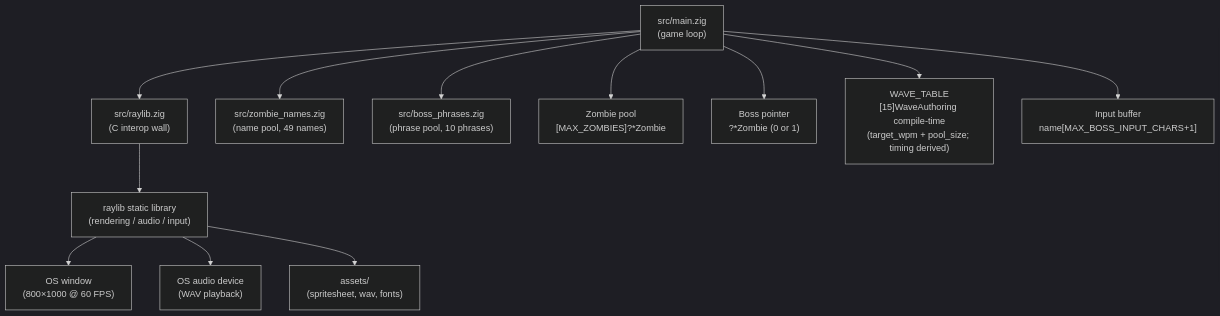
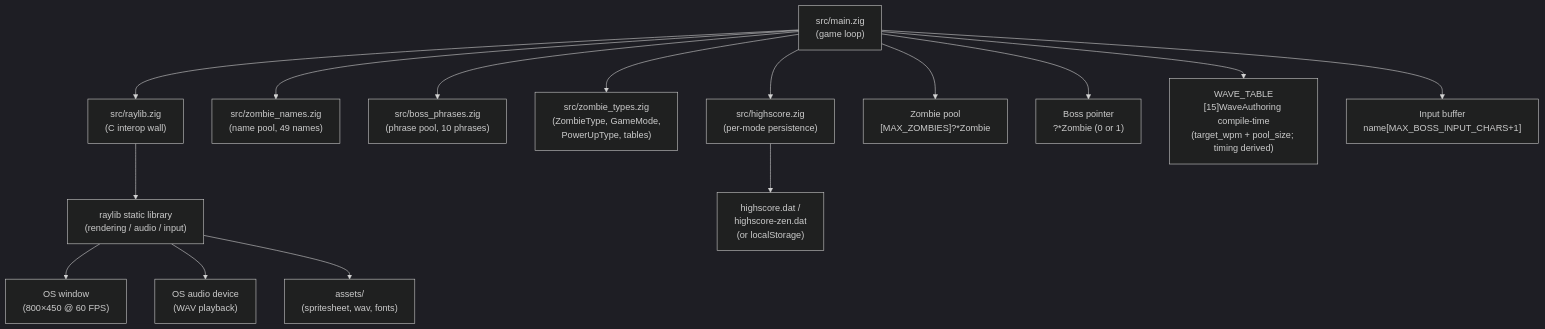
Before and after one commit to bfernandez31/death-note: the first of 2 diagrams in specs/specifications/overview.md, drawn with Mermaid (dark theme). The commit also changed other lines of this file and 2 other files, not shown here.

````diff
--- a/specs/specifications/overview.md
+++ b/specs/specifications/overview.md
@@ -47,27 +47,33 @@
 ```mermaid
 graph TB
     Main["src/main.zig\n(game loop)"]
     RaylibWrapper["src/raylib.zig\n(C interop wall)"]
     ZombieNames["src/zombie_names.zig\n(name pool, 49 names)"]
     BossPhrases["src/boss_phrases.zig\n(phrase pool, 10 phrases)"]
+    ZombieTypes["src/zombie_types.zig\n(ZombieType, GameMode,\nPowerUpType, tables)"]
+    Highscore["src/highscore.zig\n(per-mode persistence)"]
     RaylibLib["raylib static library\n(rendering / audio / input)"]
     ZombiePool["Zombie pool\n[MAX_ZOMBIES]?*Zombie"]
     BossPtr["Boss pointer\n?*Zombie (0 or 1)"]
     WaveTable["WAVE_TABLE\n[15]WaveAuthoring compile-time\n(target_wpm + pool_size; timing derived)"]
     Assets["assets/\n(spritesheet, wav, fonts)"]
-    Window["OS window\n(800×1000 @ 60 FPS)"]
+    Window["OS window\n(800×450 @ 60 FPS)"]
     AudioDevice["OS audio device\n(WAV playback)"]
     InputBuf["Input buffer\nname[MAX_BOSS_INPUT_CHARS+1]"]
+    HighscoreDat["highscore.dat /\nhighscore-zen.dat\n(or localStorage)"]
 
     Main --> RaylibWrapper
     Main --> ZombieNames
     Main --> BossPhrases
+    Main --> ZombieTypes
+    Main --> Highscore
     Main --> ZombiePool
     Main --> BossPtr
     Main --> WaveTable
     Main --> InputBuf
     RaylibWrapper --> RaylibLib
     RaylibLib --> Window
     RaylibLib --> AudioDevice
     RaylibLib --> Assets
+    Highscore --> HighscoreDat
 ```
````
